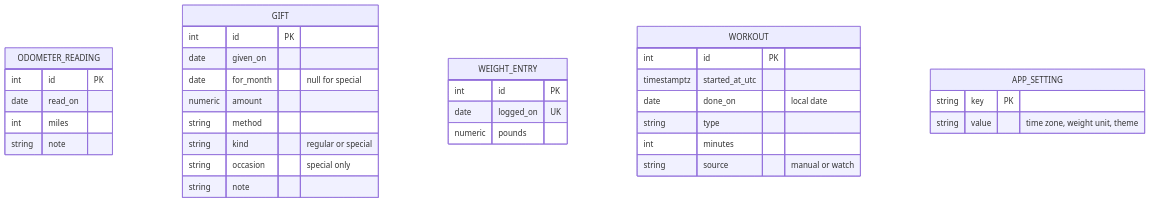
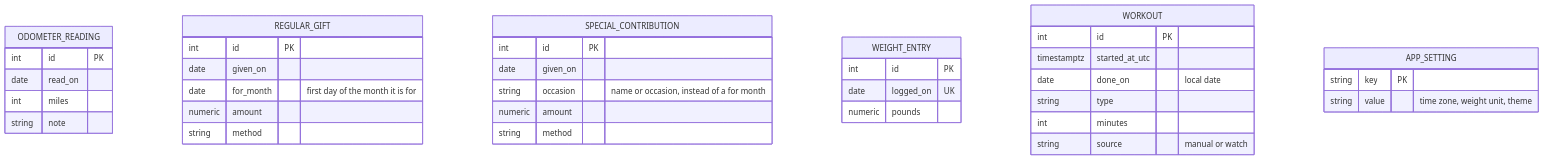
One commit to githubacct54385/life-tracker changed the sixth of 6 diagrams in ARCHITECTURE.md. Above: the diagram before and after it, drawn with Mermaid. The commit also changed 20 other files, not shown here.

````diff
--- a/ARCHITECTURE.md
+++ b/ARCHITECTURE.md
@@ -241,36 +241,40 @@
 ```mermaid
 erDiagram
     ODOMETER_READING {
         int id PK
         date read_on
         int miles
         string note
     }
-    GIFT {
+    REGULAR_GIFT {
         int id PK
         date given_on
-        date for_month "null for special"
+        date for_month "first day of the month it is for"
         numeric amount
         string method
-        string kind "regular or special"
-        string occasion "special only"
-        string note
+    }
+    SPECIAL_CONTRIBUTION {
+        int id PK
+        date given_on
+        string occasion "name or occasion, instead of a for month"
+        numeric amount
+        string method
     }
     WEIGHT_ENTRY {
         int id PK
         date logged_on UK
         numeric pounds
     }
     WORKOUT {
         int id PK
         timestamptz started_at_utc
         date done_on "local date"
         string type
         int minutes
         string source "manual or watch"
     }
     APP_SETTING {
         string key PK
         string value "time zone, weight unit, theme"
     }
 ```
````
